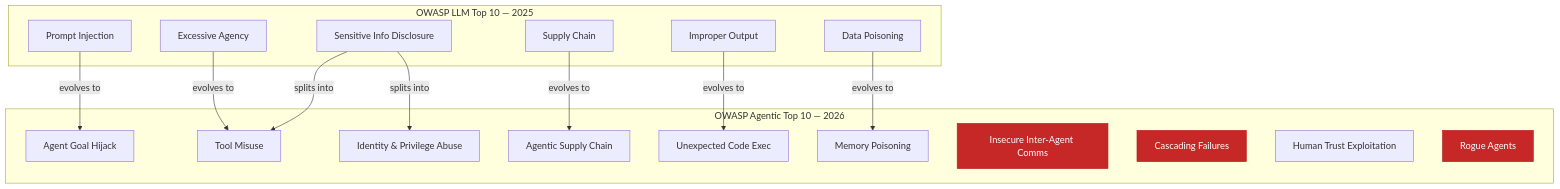
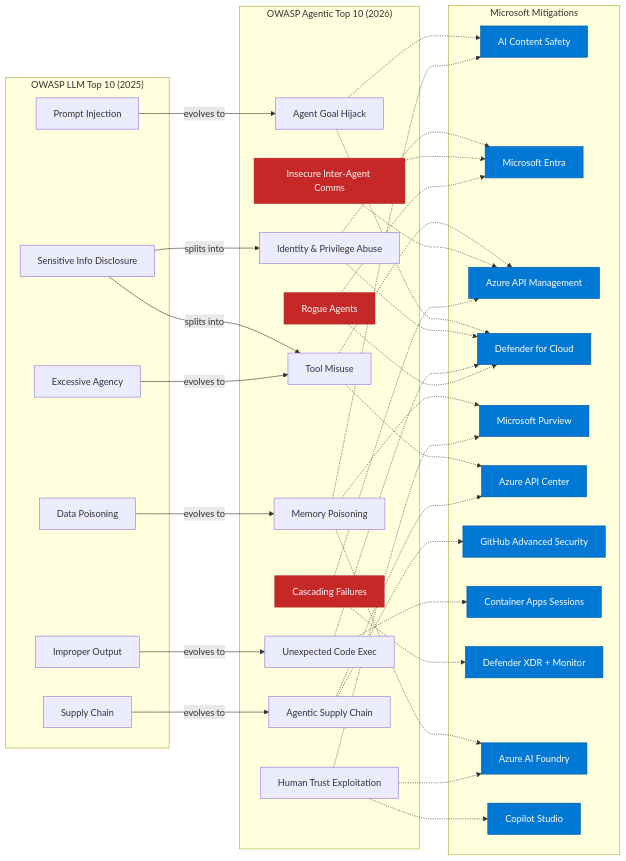
One commit to adstuart/owasp-agentic-reference changed the diagram in README.md. Above: the diagram before and after it, drawn with Mermaid. The commit also changed other lines of this file, not shown here.

Commit message:
feat: add Microsoft Mitigations layer to architecture diagram
Add a third column to the Mermaid diagram mapping each OWASP Agentic
risk to its primary Microsoft mitigation tools. Uses LR layout with
dotted arrows for mitigation links and blue styling for MS tool nodes.

````diff
--- a/README.md
+++ b/README.md
@@ -9,36 +9,75 @@
 ```mermaid
-graph TD
-    subgraph "OWASP LLM Top 10 — 2025"
+graph LR
+    subgraph LLM["OWASP LLM Top 10 (2025)"]
         L1[Prompt Injection]
         L2[Sensitive Info Disclosure]
         L3[Supply Chain]
         L4[Data Poisoning]
         L5[Improper Output]
         L6[Excessive Agency]
     end
 
-    subgraph "OWASP Agentic Top 10 — 2026"
+    subgraph AGT["OWASP Agentic Top 10 (2026)"]
         A1[Agent Goal Hijack]
         A2[Tool Misuse]
         A3[Identity & Privilege Abuse]
         A4[Agentic Supply Chain]
         A5[Unexpected Code Exec]
         A6[Memory Poisoning]
         A7[Insecure Inter-Agent Comms]
         A8[Cascading Failures]
         A9[Human Trust Exploitation]
         A10[Rogue Agents]
     end
 
+    subgraph MS["Microsoft Mitigations"]
+        M1[AI Content Safety]
+        M2[Microsoft Entra]
+        M3[Azure API Management]
+        M4[Defender for Cloud]
+        M5[Microsoft Purview]
+        M6[Azure API Center]
+        M7[GitHub Advanced Security]
+        M8[Container Apps Sessions]
+        M9[Defender XDR + Monitor]
+        M10[Azure AI Foundry]
+        M11[Copilot Studio]
+    end
+
     L1 -->|evolves to| A1
     L2 -->|splits into| A2
     L2 -->|splits into| A3
     L3 -->|evolves to| A4
     L5 -->|evolves to| A5
     L4 -->|evolves to| A6
     L6 -->|evolves to| A2
 
+    A1 -.-> M1
+    A1 -.-> M4
+    A2 -.-> M3
+    A2 -.-> M6
+    A3 -.-> M2
+    A3 -.-> M4
+    A4 -.-> M7
+    A4 -.-> M6
+    A5 -.-> M8
+    A5 -.-> M4
+    A6 -.-> M1
+    A6 -.-> M5
+    A6 -.-> M10
+    A7 -.-> M2
+    A7 -.-> M3
+    A8 -.-> M3
+    A8 -.-> M9
+    A9 -.-> M5
+    A9 -.-> M10
+    A9 -.-> M11
+    A10 -.-> M4
+    A10 -.-> M2
+
     style A7 fill:#c62828,stroke:#b71c1c,color:#fff
     style A8 fill:#c62828,stroke:#b71c1c,color:#fff
     style A10 fill:#c62828,stroke:#b71c1c,color:#fff
+    classDef msBlue fill:#0078d4,stroke:#005a9e,color:#fff
+    class M1,M2,M3,M4,M5,M6,M7,M8,M9,M10,M11 msBlue
 ```
````
